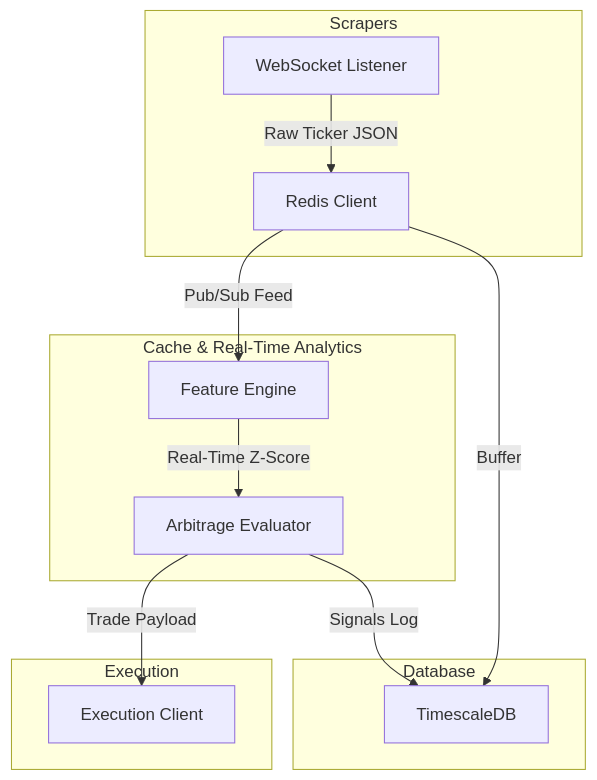
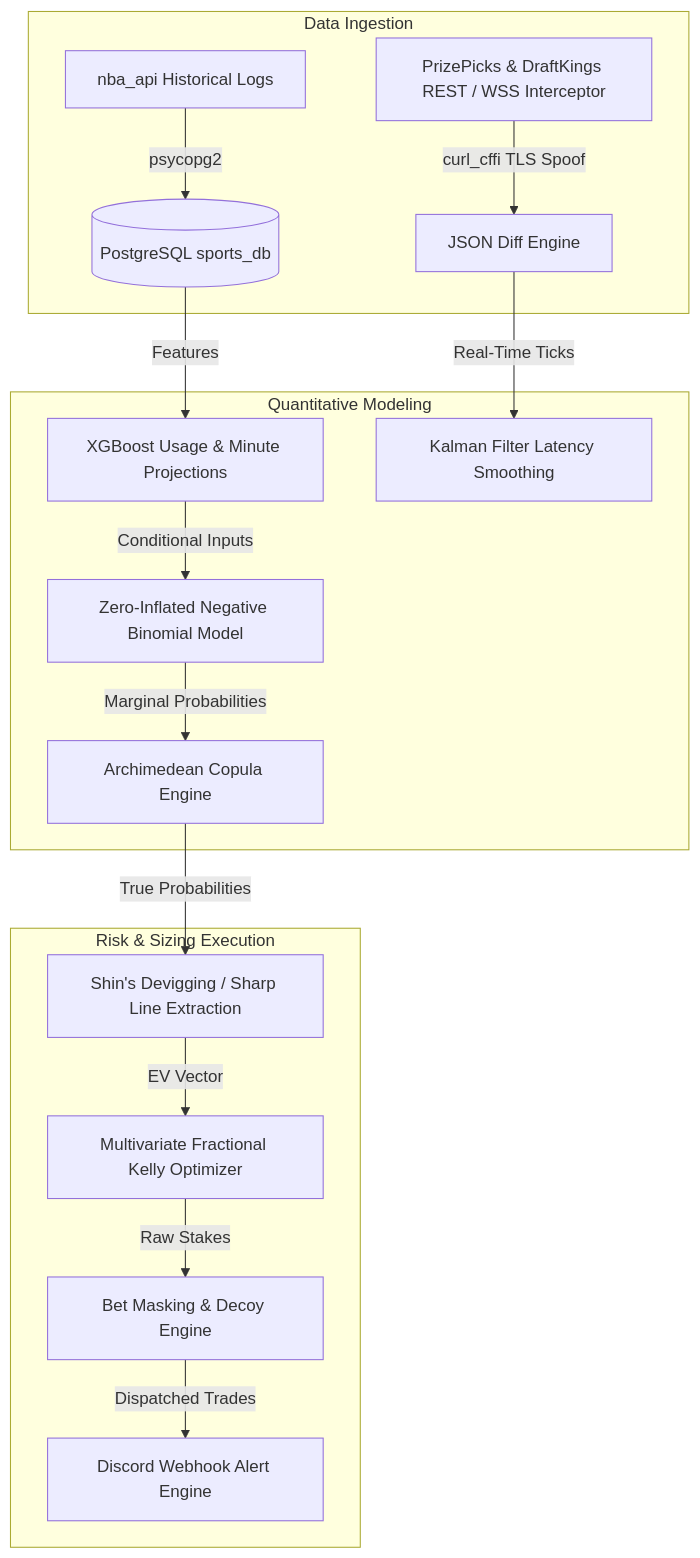
Before and after one commit to Jonathan0607/Sports-Statistical-Arbitrage: the diagram in README.md, drawn with Mermaid. The commit also changed other lines of this file and 540 other files, not shown here.

````diff
--- a/README.md
+++ b/README.md
@@ -19,17 +13,24 @@
 ```mermaid
 graph TD
-    subgraph Scrapers
-        WS[WebSocket Listener] -->|Raw Ticker JSON| RC[Redis Client]
+    %% Data Ingestion Layer
+    subgraph Data Ingestion
+        API[nba_api Historical Logs] -->|psycopg2| DB[(PostgreSQL sports_db)]
+        WSS[PrizePicks & DraftKings REST / WSS Interceptor] -->|curl_cffi TLS Spoof| Parse[JSON Diff Engine]
     end
-    subgraph Cache & Real-Time Analytics
-        RC -->|Pub/Sub Feed| FE[Feature Engine]
-        FE -->|Real-Time Z-Score| Arb[Arbitrage Evaluator]
+
+    %% Modeling Layer
+    subgraph Quantitative Modeling
+        DB -->|Features| XGB[XGBoost Usage & Minute Projections]
+        Parse -->|Real-Time Ticks| Kalman[Kalman Filter Latency Smoothing]
+        XGB -->|Conditional Inputs| ZINB[Zero-Inflated Negative Binomial Model]
+        ZINB -->|Marginal Probabilities| Copula[Archimedean Copula Engine]
     end
-    subgraph Database
-        RC -->|Buffer| TS[TimescaleDB]
-        Arb -->|Signals Log| TS
-    end
-    subgraph Execution
-        Arb -->|Trade Payload| EX[Execution Client]
+
+    %% Execution Layer
+    subgraph Risk & Sizing Execution
+        Copula -->|True Probabilities| Shin[Shin's Devigging / Sharp Line Extraction]
+        Shin -->|EV Vector| Kelly[Multivariate Fractional Kelly Optimizer]
+        Kelly -->|Raw Stakes| Mask[Bet Masking & Decoy Engine]
+        Mask -->|Dispatched Trades| Discord[Discord Webhook Alert Engine]
     end
 ```
````
